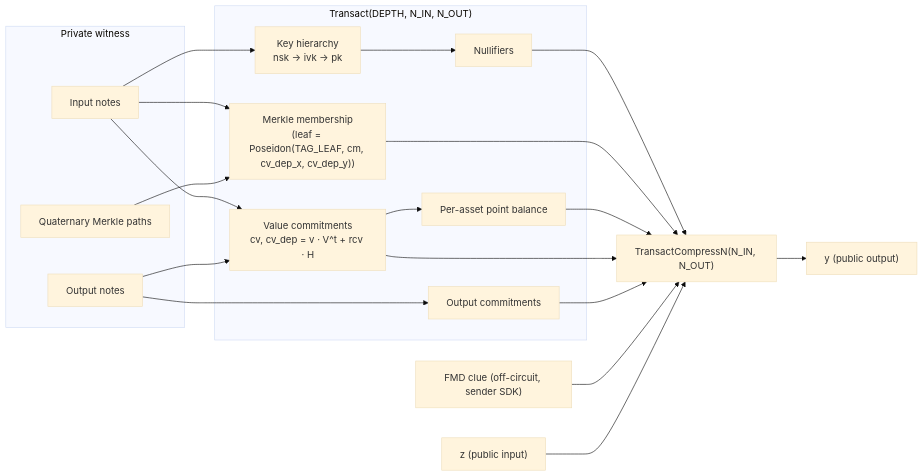
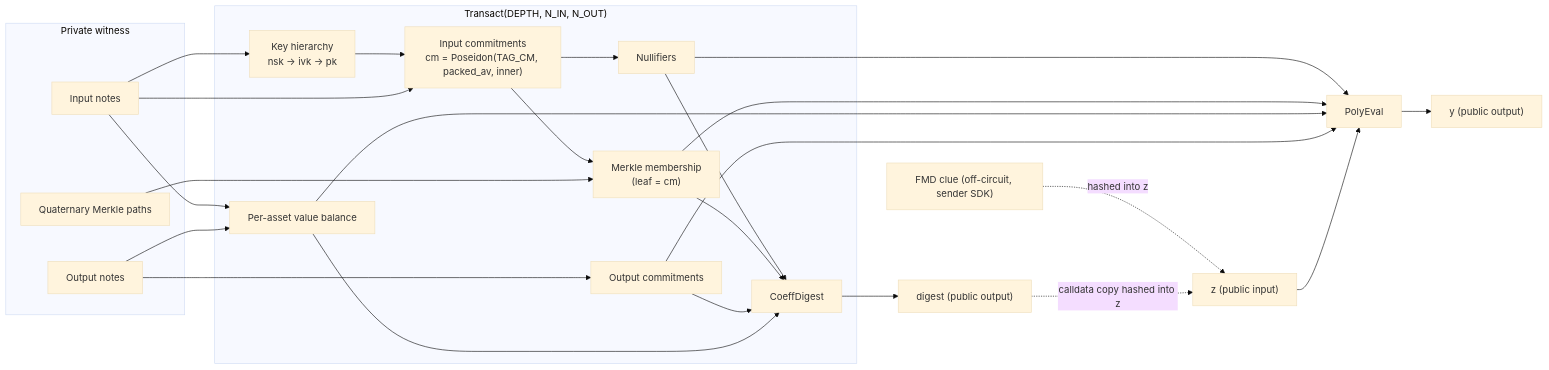
Before and after one commit to lelantos-org/circuits: the diagram in src/README.md, drawn with Mermaid (base theme). The commit also changed other lines of this file and 119 other files, not shown here.

````diff
--- a/src/README.md
+++ b/src/README.md
@@ -368,30 +336,36 @@
 ```mermaid
 flowchart LR
     subgraph Witness["Private witness"]
         IN["Input notes"]
         OUT["Output notes"]
         MP["Quaternary Merkle paths"]
     end
     FMD["FMD clue (off-circuit, sender SDK)"]
     subgraph Circuit["Transact(DEPTH, N_IN, N_OUT)"]
         K["Key hierarchy<br/>nsk → ivk → pk"]
+        CI["Input commitments<br/>cm = Poseidon(TAG_CM, packed_av, inner)"]
         NF["Nullifiers"]
-        MT["Merkle membership<br/>(leaf = Poseidon(TAG_LEAF, cm, cv_dep_x, cv_dep_y))"]
-        CV["Value commitments<br/>cv, cv_dep = v · V^t + rcv · H"]
-        BAL["Per-asset point balance"]
+        MT["Merkle membership<br/>(leaf = cm)"]
+        BAL["Per-asset value balance"]
         CM["Output commitments"]
+        DG["CoeffDigest"]
     end
-    PE["TransactCompressN(N_IN, N_OUT)"]
+    PE["PolyEval"]
     Z["z (public input)"]
     Y["y (public output)"]
-    IN --> K --> NF --> PE
-    IN --> MT --> PE
+    D["digest (public output)"]
+    IN --> K --> CI
+    IN --> CI --> NF --> PE
+    CI --> MT --> PE
     MP --> MT
-    IN --> CV
-    OUT --> CV
-    CV --> BAL --> PE
-    CV --> PE
+    IN --> BAL
+    OUT --> BAL --> PE
     OUT --> CM --> PE
-    FMD --> PE
+    NF --> DG
+    MT --> DG
+    CM --> DG
+    BAL --> DG --> D
+    FMD -. hashed into z .-> Z
+    D -. calldata copy hashed into z .-> Z
     Z --> PE --> Y
 ```
````
